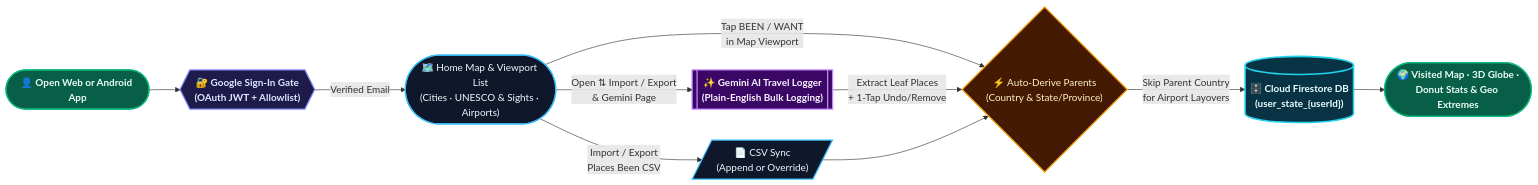
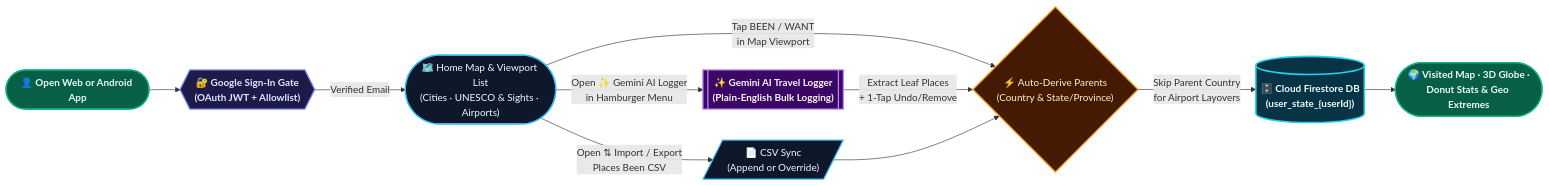
Before and after one commit to madhavsankar/PlacesTracker: the first of 2 diagrams in README.md, drawn with Mermaid. The commit also changed other lines of this file and 4 other files, not shown here.

Commit message:
feat(ui): separate Gemini AI Logger into its own hamburger menu section

````diff
--- a/README.md
+++ b/README.md
@@ -36,22 +36,22 @@
 ```mermaid
 flowchart LR
     classDef userNode fill:#065f46,stroke:#10b981,stroke-width:2px,color:#ecfdf5,font-weight:bold
     classDef authNode fill:#1e1b4b,stroke:#818cf8,stroke-width:2px,color:#e0e7ff,font-weight:bold
     classDef screenNode fill:#0f172a,stroke:#38bdf8,stroke-width:2px,color:#f0f9ff
     classDef aiNode fill:#3b0764,stroke:#c084fc,stroke-width:2px,color:#faf5ff,font-weight:bold
     classDef logicNode fill:#451a03,stroke:#f59e0b,stroke-width:2px,color:#fef3c7
     classDef dbNode fill:#083344,stroke:#22d3ee,stroke-width:2.5px,color:#ecfeff,font-weight:bold
 
     Start(["👤 Open Web or Android App"]):::userNode --> Auth{{"🔐 Google Sign-In Gate\n(OAuth JWT + Allowlist)"}}:::authNode
     Auth -->|"Verified Email"| Home(["🗺️ Home Map & Viewport List\n(Cities · UNESCO & Sights · Airports)"]):::screenNode
 
     Home -->|"Tap BEEN / WANT\nin Map Viewport"| Propagate{"⚡ Auto-Derive Parents\n(Country & State/Province)"}:::logicNode
-    Home -->|"Open ⇅ Import / Export\n& Gemini Page"| GeminiCard[["✨ Gemini AI Travel Logger\n(Plain-English Bulk Logging)"]]:::aiNode
-    Home -->|"Import / Export\nPlaces Been CSV"| CsvIO[/"📄 CSV Sync\n(Append or Override)"/]:::screenNode
+    Home -->|"Open ✨ Gemini AI Logger\nin Hamburger Menu"| GeminiCard[["✨ Gemini AI Travel Logger\n(Plain-English Bulk Logging)"]]:::aiNode
+    Home -->|"Open ⇅ Import / Export\nPlaces Been CSV"| CsvIO[/"📄 CSV Sync\n(Append or Override)"/]:::screenNode
 
     GeminiCard -->|"Extract Leaf Places\n+ 1-Tap Undo/Remove"| Propagate
     CsvIO --> Propagate
 
     Propagate -->|"Skip Parent Country\nfor Airport Layovers"| Firestore[("🗄️ Cloud Firestore DB\n(user_state_{userId})")]:::dbNode
     Firestore --> Views(["🌍 Visited Map · 3D Globe ·\nDonut Stats & Geo Extremes"]):::userNode
 ```
````
